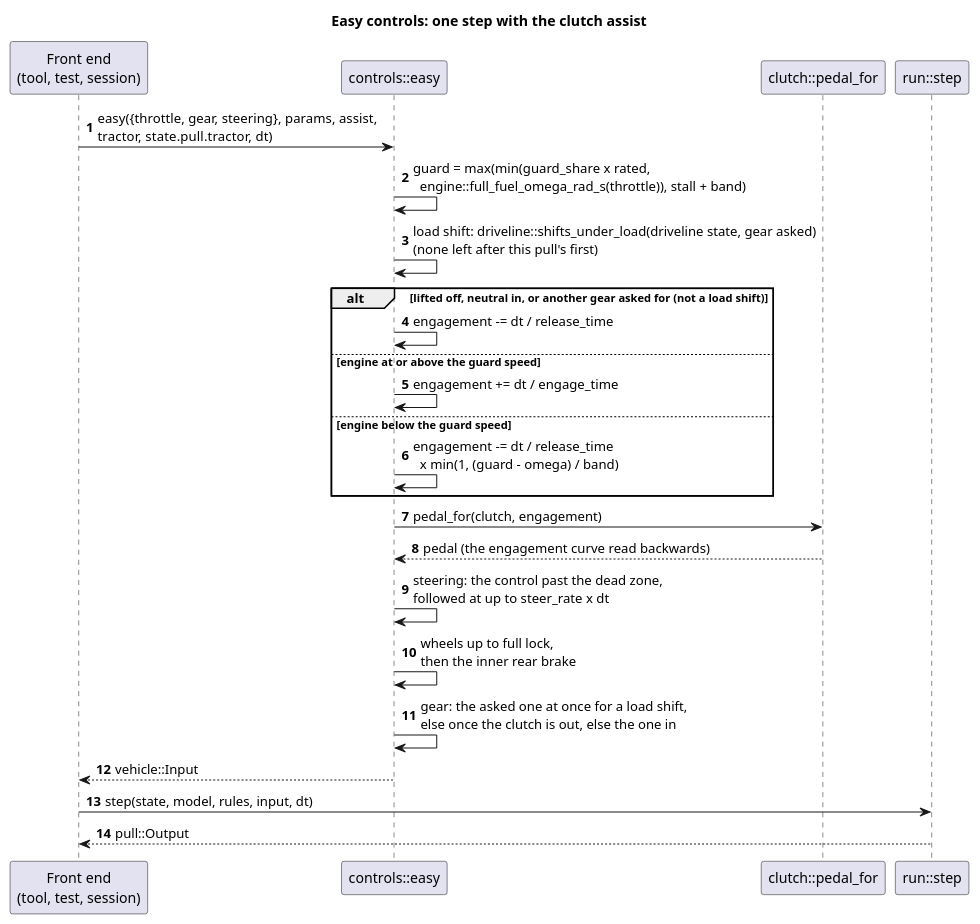
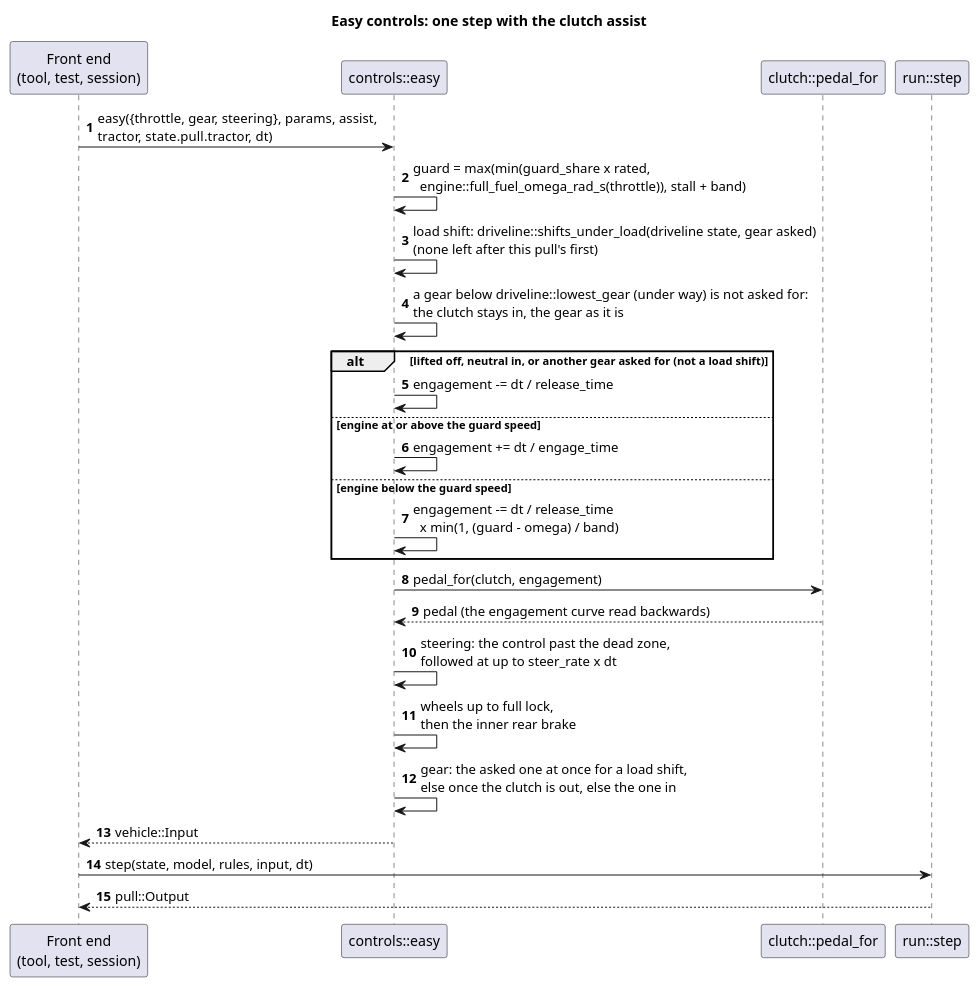
One commit to wversteeg/TractorPulling changed the diagram in docs/diagrams/easy_controls_sequence.puml. Above: the diagram before and after it, drawn with PlantUML. The commit also changed 26 other files, not shown here.

First line of the commit message:
Under way, the gearbox goes down only by its powershift

```diff
--- a/docs/diagrams/easy_controls_sequence.puml
+++ b/docs/diagrams/easy_controls_sequence.puml
@@ -1,27 +1,28 @@
 @startuml easy_controls_sequence
 title Easy controls: one step with the clutch assist
 autonumber
 participant "Front end\n(tool, test, session)" as Frontend
 participant "controls::easy" as Easy
 participant "clutch::pedal_for" as PedalFor
 participant "run::step" as Run
 
 Frontend -> Easy : easy({throttle, gear, steering}, params, assist,\ntractor, state.pull.tractor, dt)
 Easy -> Easy : guard = max(min(guard_share x rated,\n  engine::full_fuel_omega_rad_s(throttle)), stall + band)
 Easy -> Easy : load shift: driveline::shifts_under_load(driveline state, gear asked)\n(none left after this pull's first)
+Easy -> Easy : a gear below driveline::lowest_gear (under way) is not asked for:\nthe clutch stays in, the gear as it is
 alt lifted off, neutral in, or another gear asked for (not a load shift)
   Easy -> Easy : engagement -= dt / release_time
 else engine at or above the guard speed
   Easy -> Easy : engagement += dt / engage_time
 else engine below the guard speed
   Easy -> Easy : engagement -= dt / release_time\n  x min(1, (guard - omega) / band)
 end
 Easy -> PedalFor : pedal_for(clutch, engagement)
 PedalFor --> Easy : pedal (the engagement curve read backwards)
 Easy -> Easy : steering: the control past the dead zone,\nfollowed at up to steer_rate x dt
 Easy -> Easy : wheels up to full lock,\nthen the inner rear brake
 Easy -> Easy : gear: the asked one at once for a load shift,\nelse once the clutch is out, else the one in
 Easy --> Frontend : vehicle::Input
 Frontend -> Run : step(state, model, rules, input, dt)
 Run --> Frontend : pull::Output
 @enduml
```
